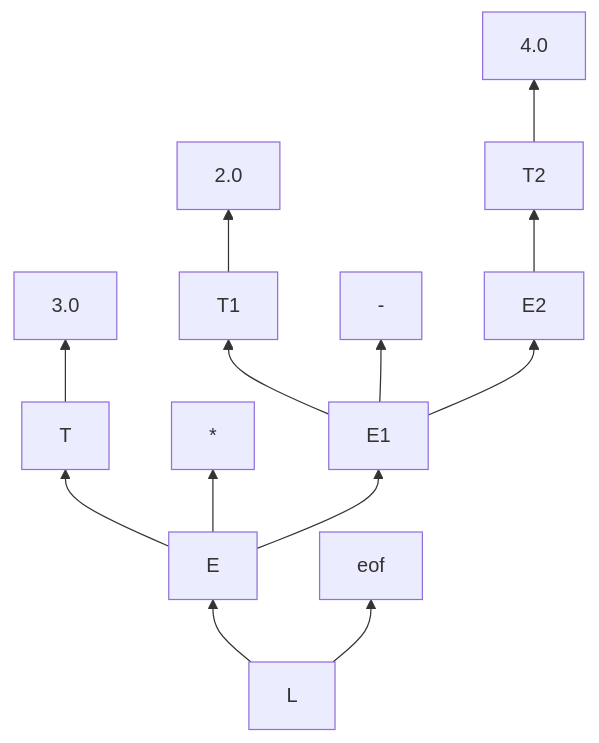
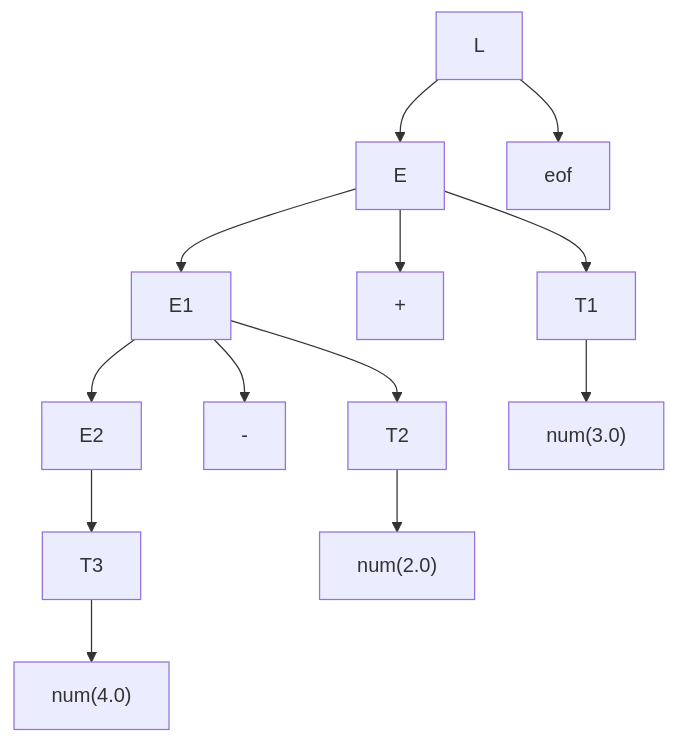
One commit to ULL-ESIT-PL-2526/04-traduccion-dirigida-sintaxis-sara-darias-sanchez-alu0101484570 changed the diagram in README.md. Above: the diagram before and after it, drawn with Mermaid. The commit also changed other lines of this file, not shown here.

````diff
--- a/README.md
+++ b/README.md
@@ -93,15 +93,22 @@
 ```mermaid
-graph BT;
+graph TD
 L --> E
 L --> eof
+
 E --> E1
-E --> *
-E --> T
-T --> 3.0
+E --> OP1
+E --> T1
+
 E1 --> E2
-E1 --> -
-E1 --> T1
-T1 --> 2.0
-E2 --> T2
-T2 --> 4.0
+E1 --> OP2
+E1 --> T2
+
+E2 --> T3
+T3 --> N40["num(4.0)"]
+
+T2 --> N20["num(2.0)"]
+T1 --> N30["num(3.0)"]
+
+OP1["+"] 
+OP2["-"]
 ```
````
